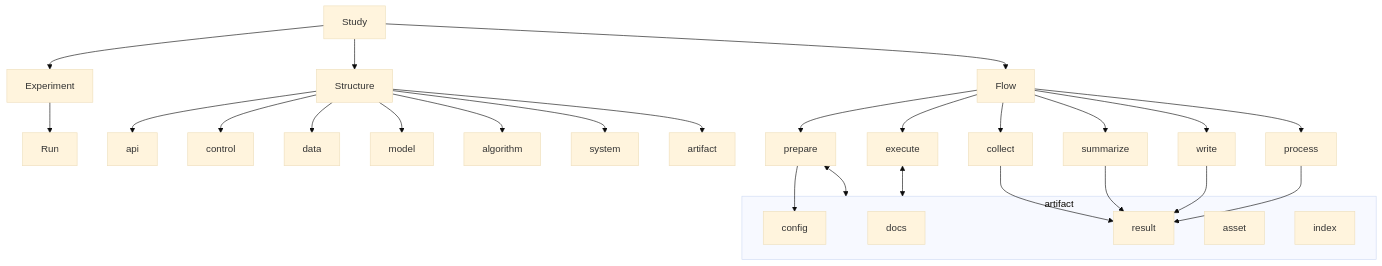
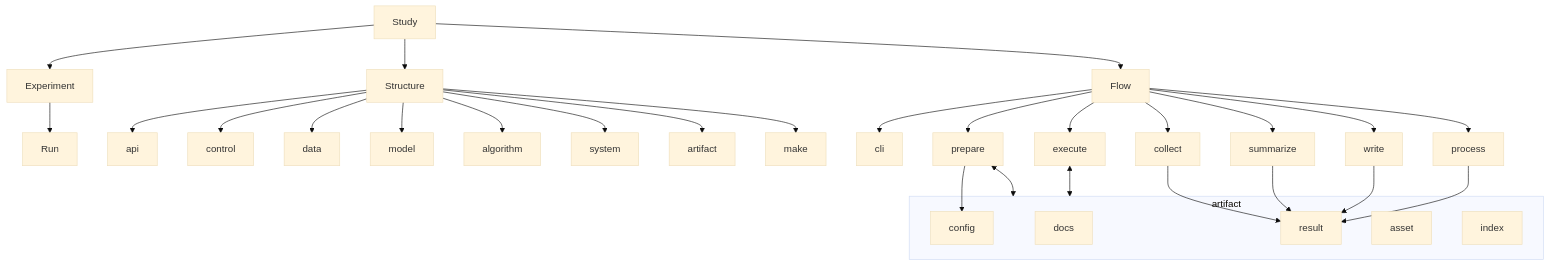
The second of 5 diagrams in docs/CONCEPT.md (diaoenmao/RPipe), drawn with Mermaid (base theme) before and after one commit. The commit also changed other lines of this file and 26 other files, not shown here.

First line of the commit message:
Place make in structure and cli in flow, and align the docs.

````diff
--- a/docs/CONCEPT.md
+++ b/docs/CONCEPT.md
@@ -69,34 +69,36 @@
 ```mermaid
 flowchart TB
   Study --> Experiment
   Experiment --> Run
   Study --> Structure
   Study --> Flow
   Structure --> api
   Structure --> control
   Structure --> data
   Structure --> model
   Structure --> algorithm
   Structure --> system
   Structure --> artifact_mod[artifact]
+  Structure --> make
+  Flow --> entry[cli]
   Flow --> prepare
   Flow --> execute
   Flow --> collect
   Flow --> summarize
   Flow --> write
   Flow --> process
   subgraph art [artifact]
     docs
     config
     result
     asset
     index
   end
   prepare --> config
   prepare <--> art
   execute <--> art
   collect --> result
   summarize --> result
   write --> result
   process --> result
 ```
````
